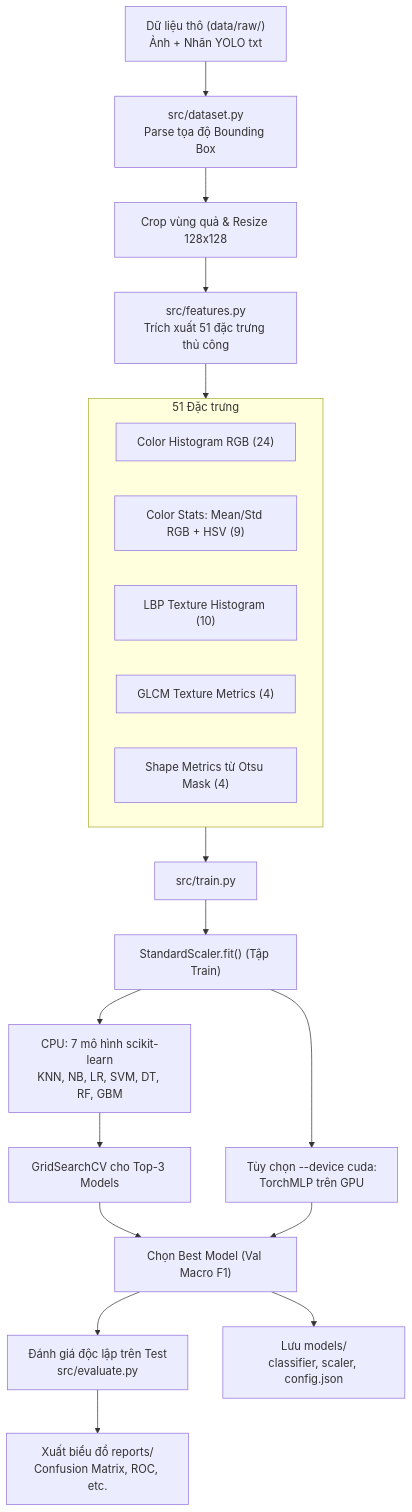
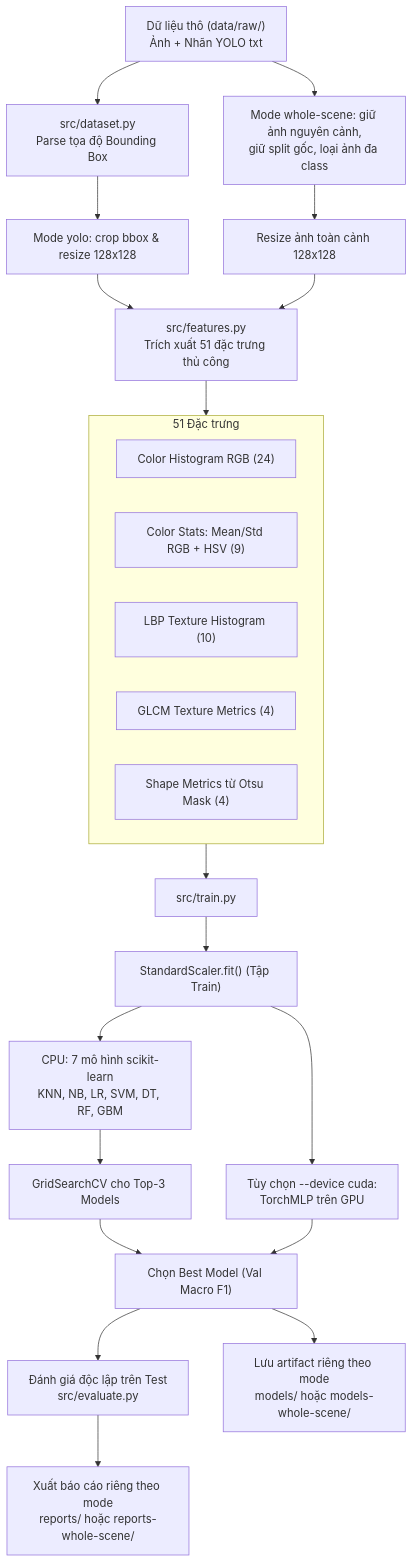
The first of 2 diagrams in context/architecture.md (trantienvn/fruit-classification), drawn with Mermaid before and after one commit. The commit also changed other lines of this file and 33 other files, not shown here.

````diff
--- a/context/architecture.md
+++ b/context/architecture.md
@@ -71,26 +71,29 @@
 ```mermaid
 flowchart TD
     RawData["Dữ liệu thô (data/raw/)<br/>Ảnh + Nhãn YOLO txt"] --> DatasetParser["src/dataset.py<br/>Parse tọa độ Bounding Box"]
-    DatasetParser --> CropResize["Crop vùng quả & Resize 128x128"]
+    DatasetParser --> CropResize["Mode yolo: crop bbox & resize 128x128"]
+    RawData --> SceneExport["Mode whole-scene: giữ ảnh nguyên cảnh,<br/>giữ split gốc, loại ảnh đa class"]
+    SceneExport --> SceneResize["Resize ảnh toàn cảnh 128x128"]
     CropResize --> FeatureExtract["src/features.py<br/>Trích xuất 51 đặc trưng thủ công"]
+    SceneResize --> FeatureExtract
     
     subgraph FeatureSet ["51 Đặc trưng"]
         F1["Color Histogram RGB (24)"]
         F2["Color Stats: Mean/Std RGB + HSV (9)"]
         F3["LBP Texture Histogram (10)"]
         F4["GLCM Texture Metrics (4)"]
         F5["Shape Metrics từ Otsu Mask (4)"]
     end
     FeatureExtract --> FeatureSet
     
     FeatureSet --> TrainPipeline["src/train.py"]
     TrainPipeline --> Scaler["StandardScaler.fit() (Tập Train)"]
     Scaler --> ModelTrain["CPU: 7 mô hình scikit-learn<br/>KNN, NB, LR, SVM, DT, RF, GBM"]
     ModelTrain --> Tuning["GridSearchCV cho Top-3 Models"]
     Tuning --> BestModel["Chọn Best Model (Val Macro F1)"]
     Scaler --> TorchGPU["Tùy chọn --device cuda:<br/>TorchMLP trên GPU"]
     TorchGPU --> BestModel
     BestModel --> TestEval["Đánh giá độc lập trên Test<br/>src/evaluate.py"]
-    BestModel --> SaveArtifacts["Lưu models/<br/>classifier, scaler, config.json"]
-    TestEval --> SaveReports["Xuất biểu đồ reports/<br/>Confusion Matrix, ROC, etc."]
+    BestModel --> SaveArtifacts["Lưu artifact riêng theo mode<br/>models/ hoặc models-whole-scene/"]
+    TestEval --> SaveReports["Xuất báo cáo riêng theo mode<br/>reports/ hoặc reports-whole-scene/"]
 ```
````
